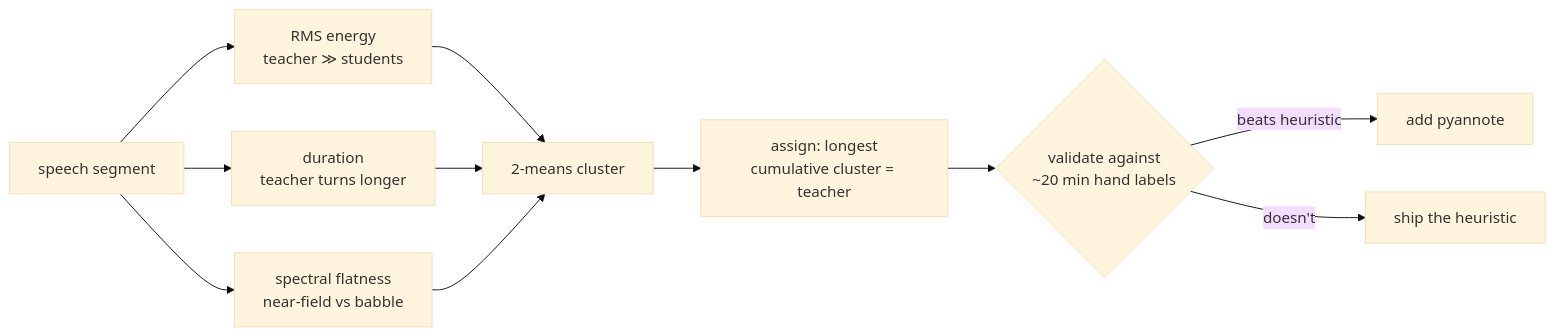
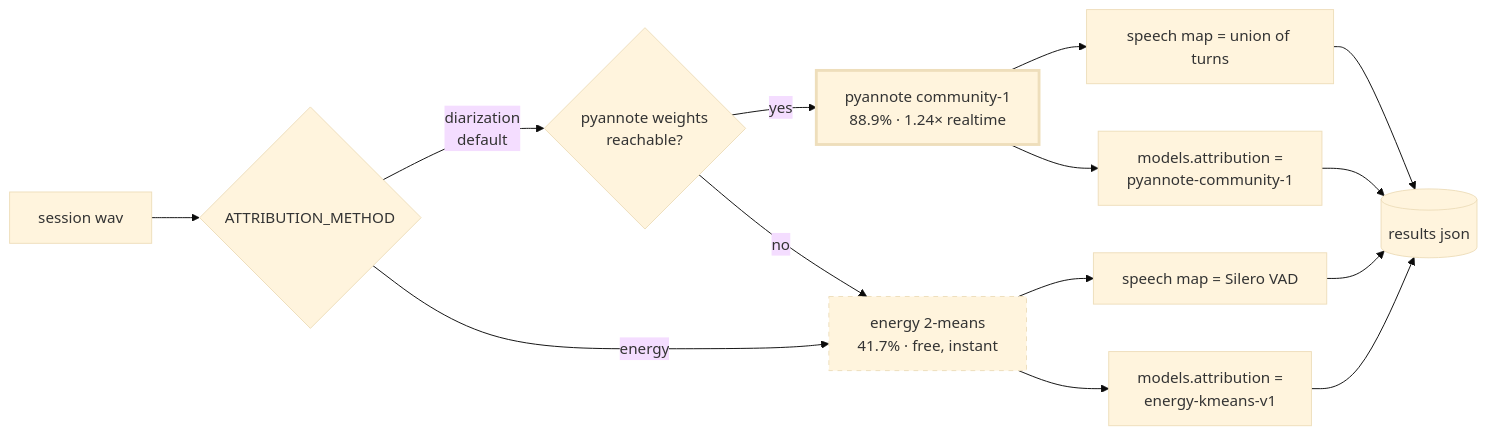
Before and after one commit to Hisham1404/Classroom-analyser: the second of 5 diagrams in docs/architecture.md, drawn with Mermaid (base theme). The commit also changed other lines of this file and 18 other files, not shown here.

````diff
--- a/docs/architecture.md
+++ b/docs/architecture.md
@@ -122,11 +117,22 @@
 ```mermaid
 flowchart LR
-    S["speech segment"] --> F1["RMS energy<br/>teacher ≫ students"]
-    S --> F2["duration<br/>teacher turns longer"]
-    S --> F3["spectral flatness<br/>near-field vs babble"]
-    F1 & F2 & F3 --> K["2-means cluster"]
-    K --> P["assign: longest<br/>cumulative cluster = teacher"]
-    P --> V{"validate against<br/>~20 min hand labels"}
-    V -->|"beats heuristic"| PY["add pyannote"]
-    V -->|"doesn't"| KEEP["ship the heuristic"]
+    S["session wav"] --> Q{"ATTRIBUTION_METHOD"}
+    Q -->|"diarization<br/>default"| T{"pyannote weights<br/>reachable?"}
+    Q -->|"energy"| E
+
+    T -->|"yes"| P["pyannote community-1<br/>88.9% · 1.24× realtime"]
+    T -->|"no"| E["energy 2-means<br/>41.7% · free, instant"]
+
+    P --> P1["speech map = union of turns"]
+    P --> P2["models.attribution =<br/>pyannote-community-1"]
+    E --> E1["speech map = Silero VAD"]
+    E --> E2["models.attribution =<br/>energy-kmeans-v1"]
+
+    P1 --> R[("results json")]
+    P2 --> R
+    E1 --> R
+    E2 --> R
+
+    style P stroke-width:3px
+    style E stroke-dasharray: 5 5
 ```
````
